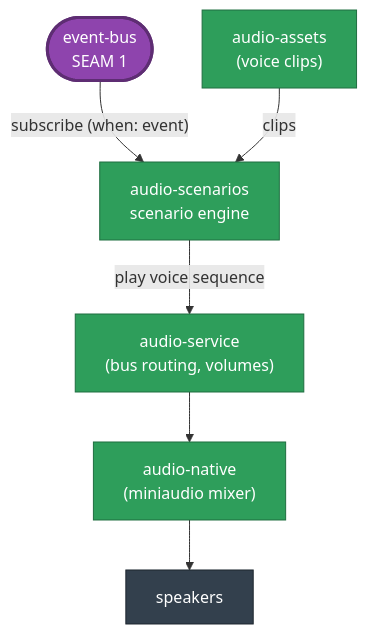
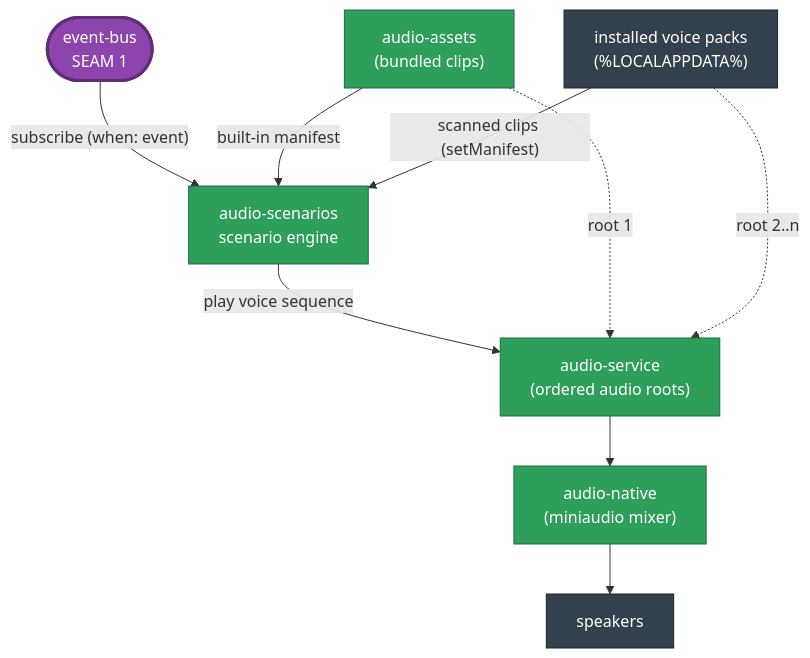
Before and after one commit to niklam/iracedeck: the fifth of 6 diagrams in packages/website/src/content/docs/docs/development/architecture.md, drawn with Mermaid. The commit also changed other lines of this file and 67 other files, not shown here.

First line of the commit message:
feat(voice-packs): install Race Engineer voices as packs outside the plugin folder (#1034) (#1097)

````diff
--- a/packages/website/src/content/docs/docs/development/architecture.md
+++ b/packages/website/src/content/docs/docs/development/architecture.md
@@ -193,19 +195,23 @@
 ```mermaid
 flowchart TB
   bus(["event-bus<br/>SEAM 1"]):::seam
   scen["audio-scenarios<br/>scenario engine"]:::audio
-  assets["audio-assets<br/>(voice clips)"]:::audio
-  svc["audio-service<br/>(bus routing, volumes)"]:::audio
+  assets["audio-assets<br/>(bundled clips)"]:::audio
+  packs["installed voice packs<br/>(%LOCALAPPDATA%)"]:::ext
+  svc["audio-service<br/>(ordered audio roots)"]:::audio
   nat["audio-native<br/>(miniaudio mixer)"]:::audio
   spk["speakers"]:::ext
 
   bus -->|"subscribe (when: event)"| scen
-  assets -->|"clips"| scen
+  assets -->|"built-in manifest"| scen
+  packs -->|"scanned clips (setManifest)"| scen
   scen -->|"play voice sequence"| svc
+  assets -.->|"root 1"| svc
+  packs -.->|"root 2..n"| svc
   svc --> nat
   nat --> spk
 
   classDef ext fill:#33404d,color:#fff,stroke:#1d262e;
   classDef seam fill:#8e44ad,color:#fff,stroke:#5e2d73,stroke-width:3px;
   classDef audio fill:#2e9e5b,color:#fff,stroke:#1f6e40;
 ```
````
